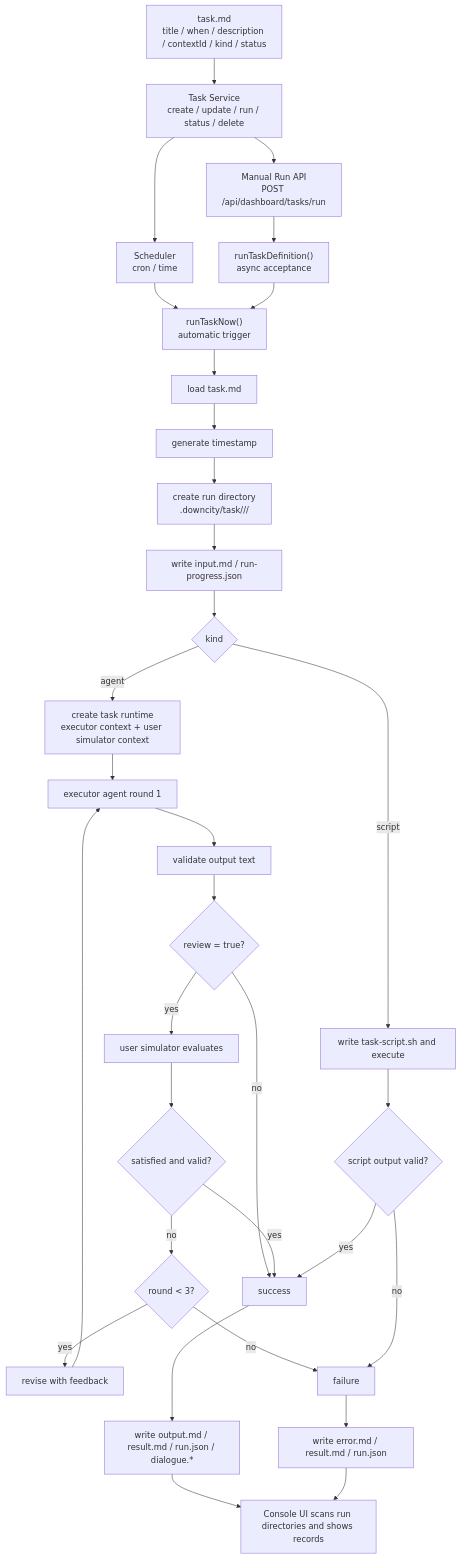
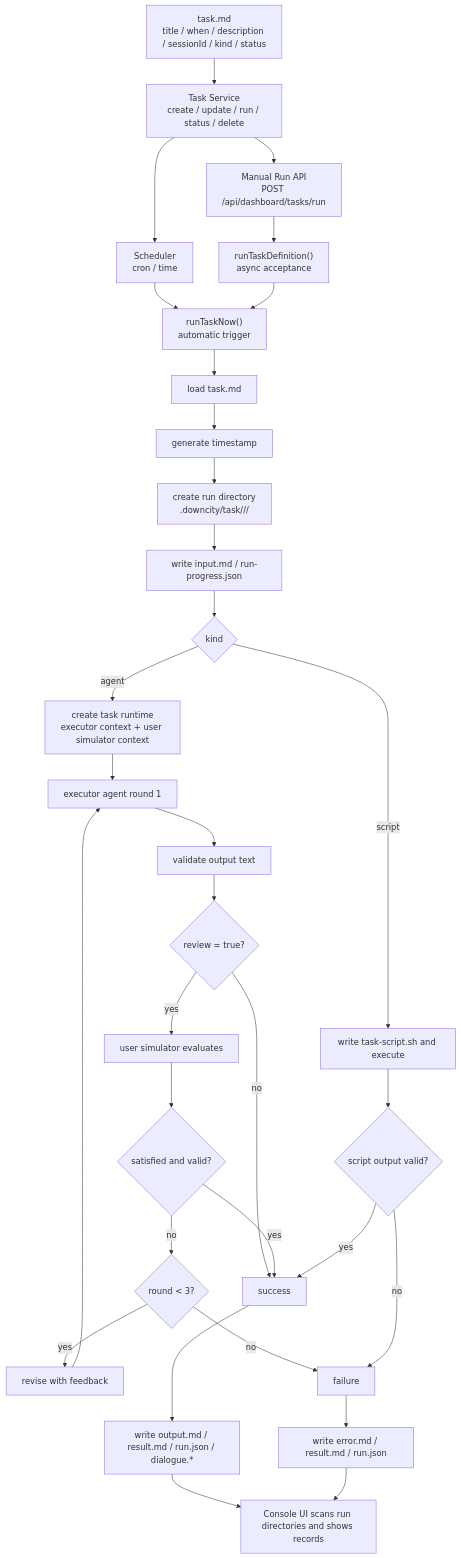
The diagram in homepage/content/docs/en/services/task/agent-task-mode.mdx (wangenius/downcity), drawn with Mermaid before and after one commit. The commit also changed other lines of this file and 24 other files, not shown here.

````diff
--- a/homepage/content/docs/en/services/task/agent-task-mode.mdx
+++ b/homepage/content/docs/en/services/task/agent-task-mode.mdx
@@ -63,44 +63,44 @@
 ```mermaid
 flowchart TD
-    A["task.md<br/>title / when / description / contextId / kind / status"] --> B["Task Service<br/>create / update / run / status / delete"]
+    A["task.md<br/>title / when / description / sessionId / kind / status"] --> B["Task Service<br/>create / update / run / status / delete"]
 
     B --> C["Manual Run API<br/>POST /api/dashboard/tasks/run"]
     B --> D["Scheduler<br/>cron / time"]
 
     C --> E["runTaskDefinition()<br/>async acceptance"]
     D --> F["runTaskNow()<br/>automatic trigger"]
 
     E --> F
 
     F --> G["load task.md"]
     G --> H["generate timestamp"]
     H --> I["create run directory<br/>.downcity/task/<taskId>/<timestamp>/"]
     I --> J["write input.md / run-progress.json"]
 
     J --> K{"kind"}
     K -->|agent| L["create task runtime<br/>executor context + user simulator context"]
     K -->|script| M["write task-script.sh and execute"]
 
     L --> N["executor agent round 1"]
     N --> O["validate output text"]
     O --> P{"review = true?"}
 
     P -->|no| R["success"]
     P -->|yes| Q["user simulator evaluates"]
 
     Q --> S{"satisfied and valid?"}
     S -->|yes| R["success"]
     S -->|no| T{"round < 3?"}
     T -->|yes| U["revise with feedback"]
     U --> N
     T -->|no| V["failure"]
 
     M --> W{"script output valid?"}
     W -->|yes| R
     W -->|no| V
 
     R --> X["write output.md / result.md / run.json / dialogue.*"]
     V --> Y["write error.md / result.md / run.json"]
     X --> Z["Console UI scans run directories and shows records"]
     Y --> Z
 ```
````
